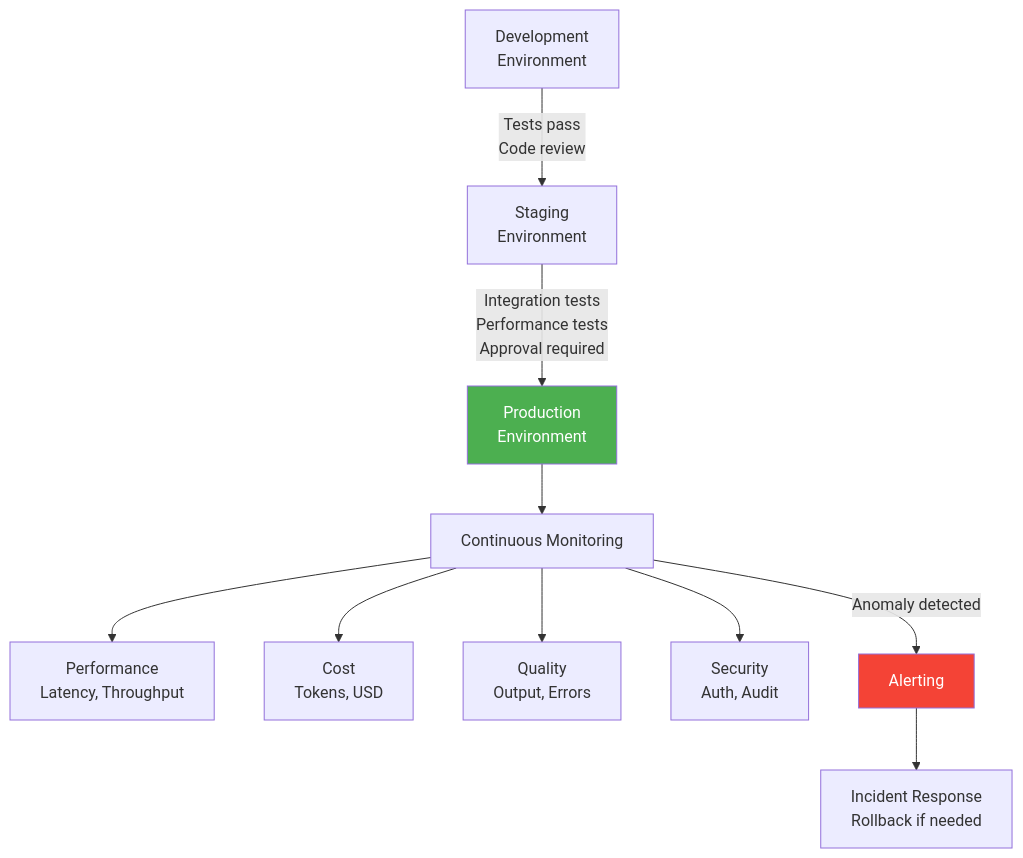
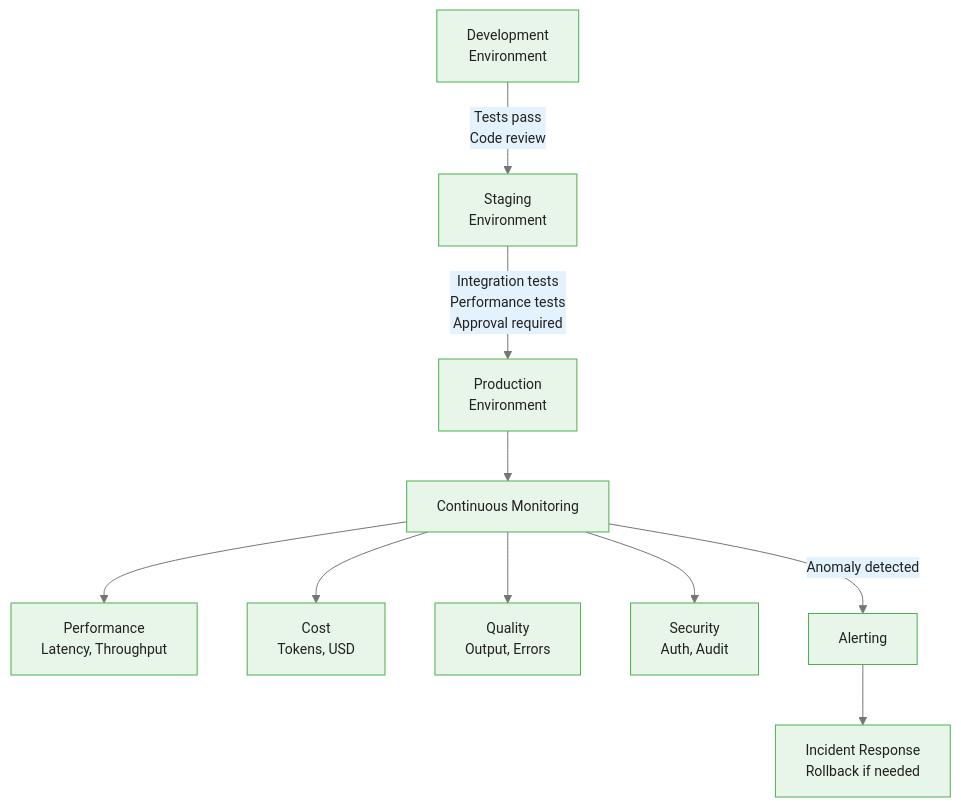
One commit to m-deane/course-creator changed the first of 5 diagrams in courses/dataiku-genai/modules/module_04_deployment/guides/03_governance_slides.md. Above: the diagram before and after it, drawn with Mermaid. The commit also changed other lines of this file and 54 other files, not shown here.

````diff
--- a/courses/dataiku-genai/modules/module_04_deployment/guides/03_governance_slides.md
+++ b/courses/dataiku-genai/modules/module_04_deployment/guides/03_governance_slides.md
@@ -32,17 +37,15 @@
 ```mermaid
+%%{init: {"theme": "base", "themeVariables": {"primaryColor": "#e8f5e9", "primaryBorderColor": "#4caf50", "primaryTextColor": "#212121", "secondaryColor": "#e3f2fd", "tertiaryColor": "#fff8e1", "lineColor": "#757575", "fontFamily": "Inter, sans-serif", "fontSize": "14px"}}}%%
 flowchart TD
     DEV[Development<br/>Environment] -->|Tests pass<br/>Code review| STAGE[Staging<br/>Environment]
     STAGE -->|Integration tests<br/>Performance tests<br/>Approval required| PROD[Production<br/>Environment]
     PROD --> MON[Continuous Monitoring]
 
     MON --> PERF[Performance<br/>Latency, Throughput]
     MON --> COST[Cost<br/>Tokens, USD]
     MON --> QUAL[Quality<br/>Output, Errors]
     MON --> SEC[Security<br/>Auth, Audit]
 
     MON -->|Anomaly detected| ALERT[Alerting]
     ALERT --> INCIDENT[Incident Response<br/>Rollback if needed]
-
-    style PROD fill:#4CAF50,color:#fff
-    style ALERT fill:#f44336,color:#fff
 ```
````
